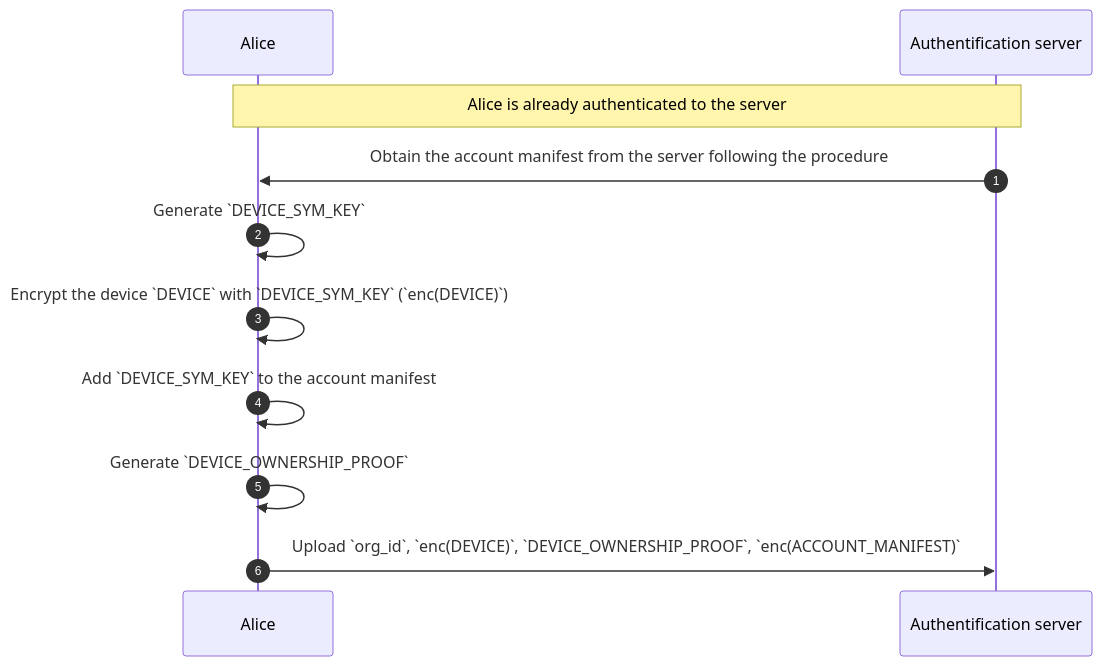
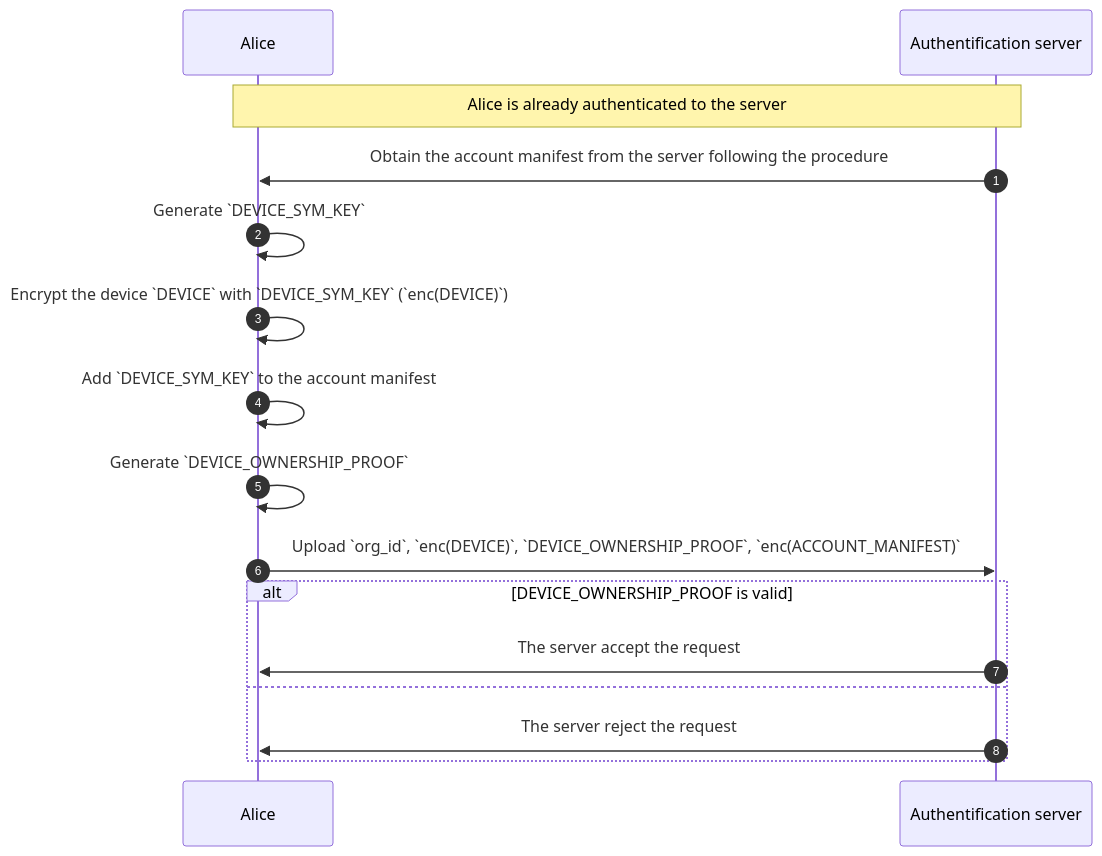
Before and after one commit to Scille/parsec-cloud: the fourth of 8 diagrams in docs/rfcs/1012-parsec-auth.md, drawn with Mermaid.

Commit message:
fixup! feat(rfc): Add RFC Parsec auth

````diff
--- a/docs/rfcs/1012-parsec-auth.md
+++ b/docs/rfcs/1012-parsec-auth.md
@@ -215,15 +215,20 @@
 ```mermaid
 sequenceDiagram
   autonumber
   participant Alice
   participant S as Authentification server
 
   Note over Alice,S: Alice is already authenticated to the server
 
   S ->> Alice: Obtain the account manifest from the server following the procedure
   Alice ->> Alice: Generate `DEVICE_SYM_KEY`
   Alice ->> Alice: Encrypt the device `DEVICE` with `DEVICE_SYM_KEY` (`enc(DEVICE)`)
   Alice ->> Alice: Add `DEVICE_SYM_KEY` to the account manifest
   Alice ->> Alice: Generate `DEVICE_OWNERSHIP_PROOF`
   Alice ->> S: Upload `org_id`, `enc(DEVICE)`, `DEVICE_OWNERSHIP_PROOF`, `enc(ACCOUNT_MANIFEST)`
+  alt DEVICE_OWNERSHIP_PROOF is valid
+    S ->> Alice: The server accept the request
+  else
+    S ->> Alice: The server reject the request
+  end
 ```
````
